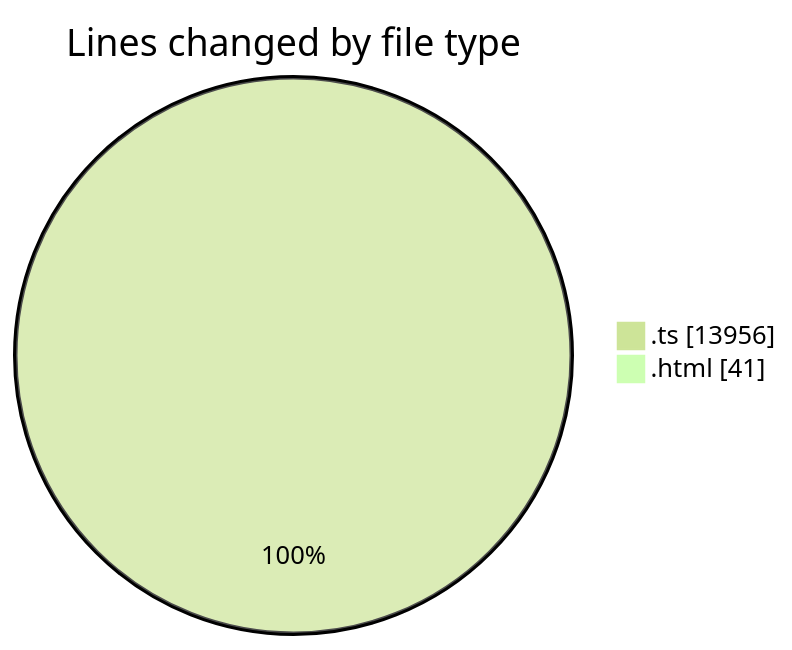
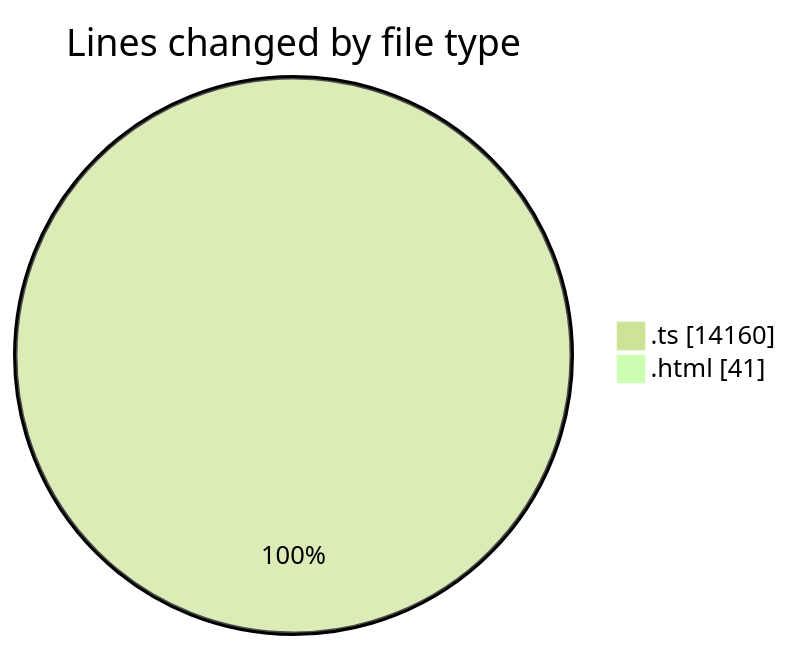
Before and after one commit to tmsrecording-cyber/code-tracking: the first of 2 diagrams in 2026-02-08/singularitybrainai/README.md, drawn with Mermaid (forest theme). The commit also changed other lines of this file and 1 other file, not shown here.

````diff
--- a/2026-02-08/singularitybrainai/README.md
+++ b/2026-02-08/singularitybrainai/README.md
@@ -39,6 +40,6 @@
 ```mermaid
 pie showData
 title Lines changed by file type
-".ts" : 13956
+".ts" : 14160
 ".html" : 41
 ```
````
